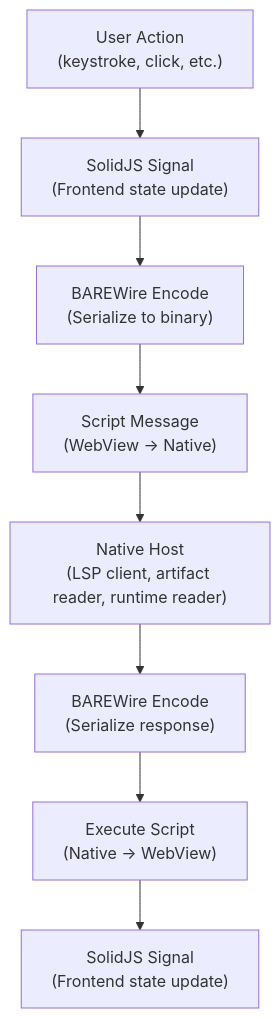
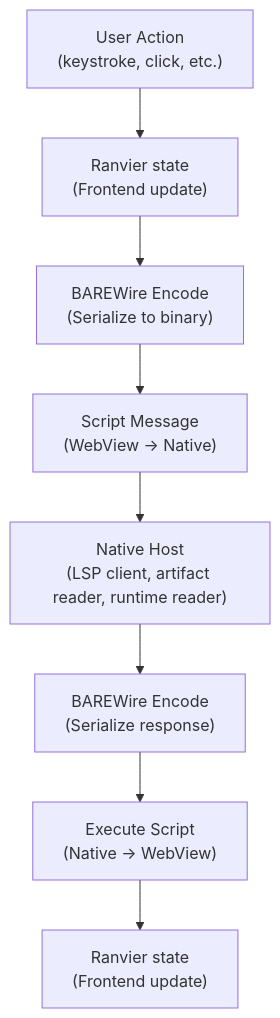
Before and after one commit to FidelityFramework/Atelier: the third of 4 diagrams in docs/00_architecture.md, drawn with Mermaid. The commit also changed other lines of this file and 21 other files, not shown here.

````diff
--- a/docs/00_architecture.md
+++ b/docs/00_architecture.md
@@ -160,13 +164,13 @@
 ```mermaid
 flowchart TB
     action["User Action<br/>(keystroke, click, etc.)"]
-    signal1["SolidJS Signal<br/>(Frontend state update)"]
+    signal1["Ranvier state<br/>(Frontend update)"]
     encode1["BAREWire Encode<br/>(Serialize to binary)"]
     scriptmsg["Script Message<br/>(WebView → Native)"]
     native["Native Host<br/>(LSP client, artifact reader, runtime reader)"]
     encode2["BAREWire Encode<br/>(Serialize response)"]
     execscript["Execute Script<br/>(Native → WebView)"]
-    signal2["SolidJS Signal<br/>(Frontend state update)"]
+    signal2["Ranvier state<br/>(Frontend update)"]
 
     action --> signal1 --> encode1 --> scriptmsg --> native --> encode2 --> execscript --> signal2
 ```
````
